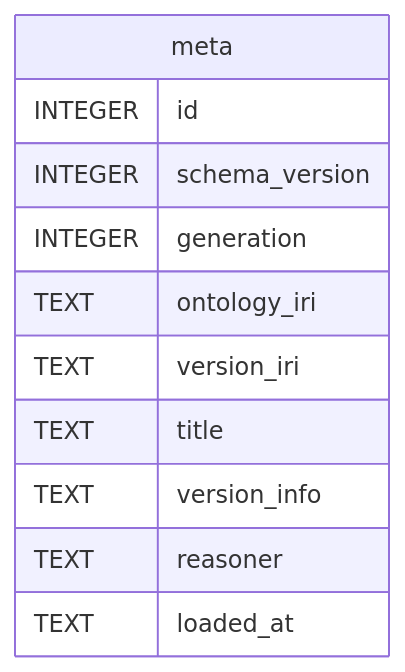
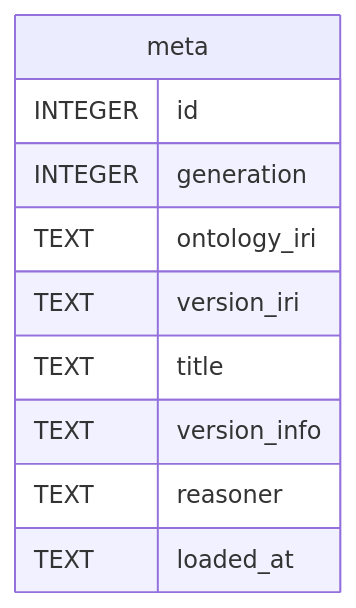
One commit to jclerman/browl changed the diagram in docs/schema/derived/meta.md. Above: the diagram before and after it, drawn with Mermaid. The commit also changed other lines of this file and 21 other files, not shown here.

````diff
--- a/docs/schema/derived/meta.md
+++ b/docs/schema/derived/meta.md
@@ -49,16 +47,15 @@
 ```mermaid
 erDiagram
 
 
 "meta" {
   INTEGER id
-  INTEGER schema_version
   INTEGER generation
   TEXT ontology_iri
   TEXT version_iri
   TEXT title
   TEXT version_info
   TEXT reasoner
   TEXT loaded_at
 }
 ```
````
